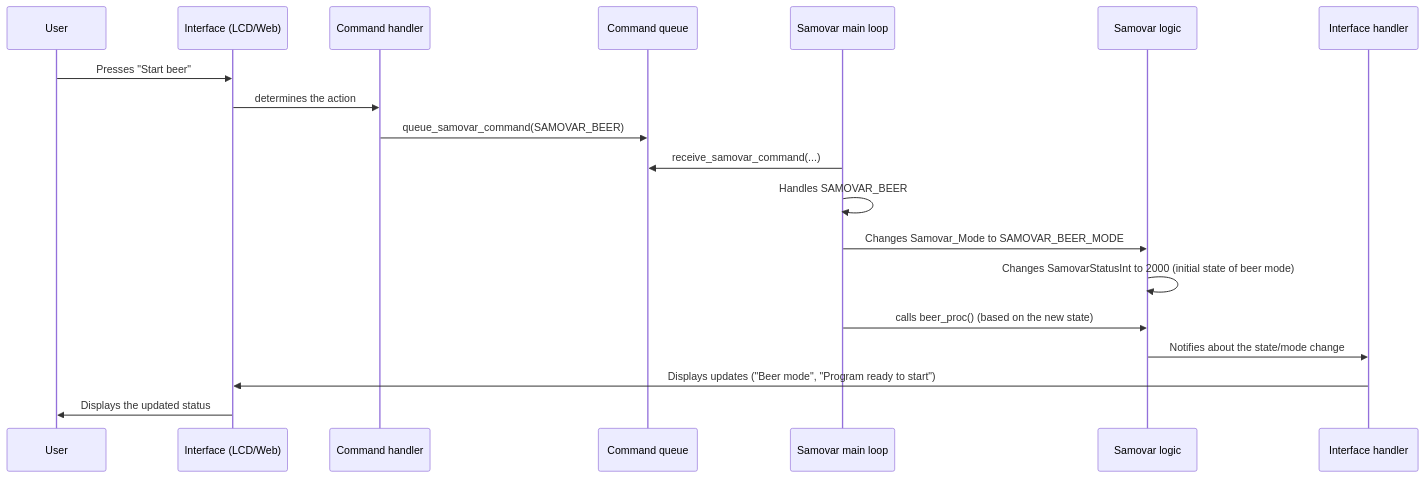
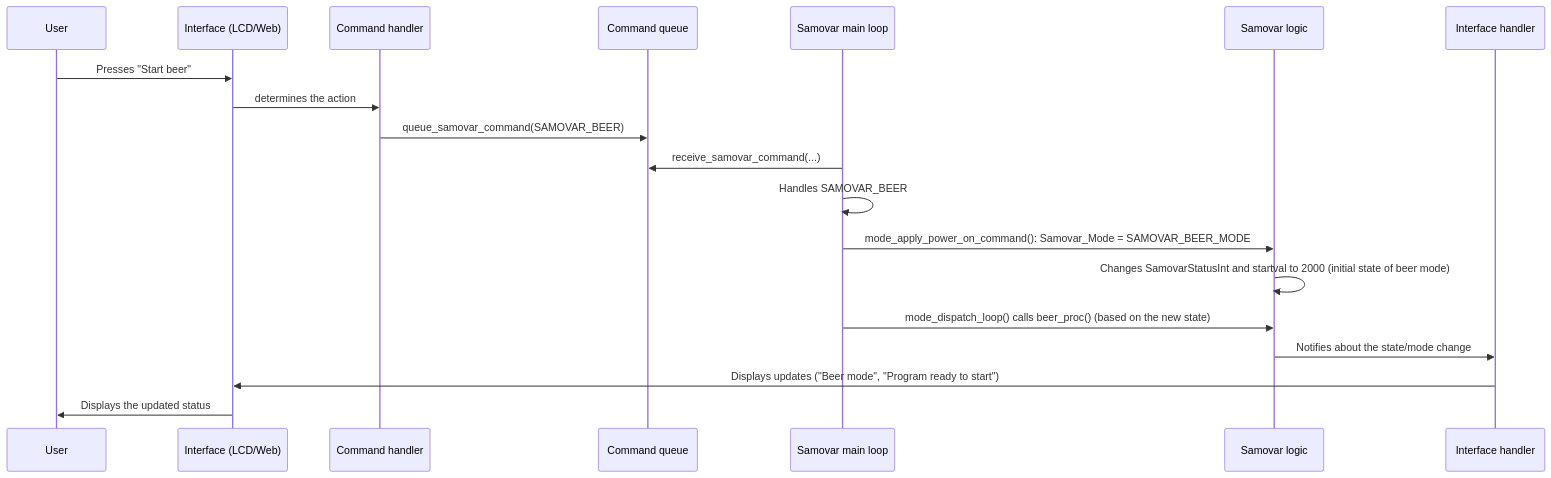
Before and after one commit to LKosoj/Samovar: the diagram in doc/en/03_system_state___mode_management_.md, drawn with Mermaid. The commit also changed other lines of this file and 35 other files, not shown here.

First line of the commit message:
Уточнение документации, схемы UI и тестов интерфейса

````diff
--- a/doc/en/03_system_state___mode_management_.md
+++ b/doc/en/03_system_state___mode_management_.md
@@ -109,14 +129,14 @@
 ```mermaid
 sequenceDiagram
     User->>Interface (LCD/Web): Presses "Start beer"
     Interface (LCD/Web)->>Command handler: determines the action
     Command handler->>Command queue: queue_samovar_command(SAMOVAR_BEER)
     Samovar main loop->>Command queue: receive_samovar_command(...)
     Samovar main loop->>Samovar main loop: Handles SAMOVAR_BEER
-    Samovar main loop->>Samovar logic: Changes Samovar_Mode to SAMOVAR_BEER_MODE
-    Samovar logic->>Samovar logic: Changes SamovarStatusInt to 2000 (initial state of beer mode)
-    Samovar main loop->>Samovar logic: calls beer_proc() (based on the new state)
+    Samovar main loop->>Samovar logic: mode_apply_power_on_command(): Samovar_Mode = SAMOVAR_BEER_MODE
+    Samovar logic->>Samovar logic: Changes SamovarStatusInt and startval to 2000 (initial state of beer mode)
+    Samovar main loop->>Samovar logic: mode_dispatch_loop() calls beer_proc() (based on the new state)
     Samovar logic->>Interface handler: Notifies about the state/mode change
     Interface handler->>Interface (LCD/Web): Displays updates ("Beer mode", "Program ready to start")
     Interface (LCD/Web)->>User: Displays the updated status
 ```
````
